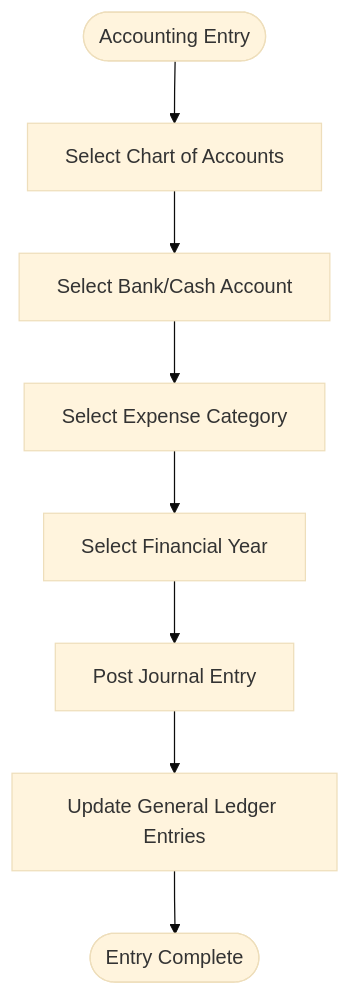
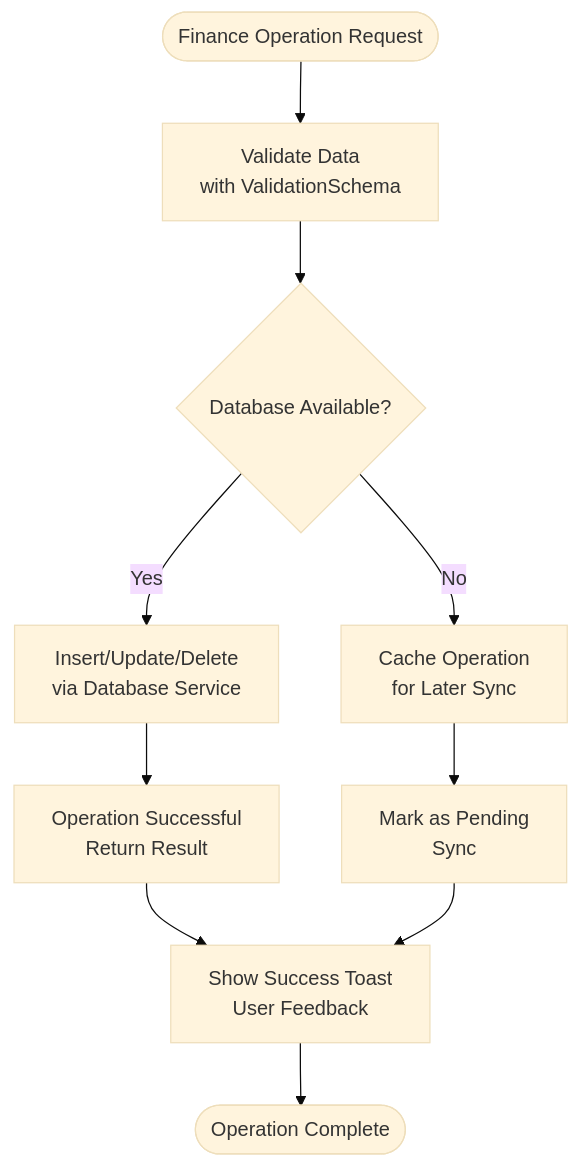
Before and after one commit to geniusdynamics/schoolpilot: the fifth of 7 diagrams in .qoder/repowiki/en/content/Modules System/Finance Module.md, drawn with Mermaid (base theme). The commit also changed other lines of this file and 16 other files, not shown here.

````diff
--- a/.qoder/repowiki/en/content/Modules System/Finance Module.md
+++ b/.qoder/repowiki/en/content/Modules System/Finance Module.md
@@ -132,10 +227,12 @@
 ```mermaid
 flowchart TD
-Start(["Accounting Entry"]) --> COA["Select Chart of Accounts"]
-COA --> Bank["Select Bank/Cash Account"]
-Bank --> Category["Select Expense Category"]
-Category --> Year["Select Financial Year"]
-Year --> Post["Post Journal Entry"]
-Post --> GL["Update General Ledger Entries"]
-GL --> End(["Entry Complete"])
+Start(["Finance Operation Request"]) --> Validation["Validate Data<br/>with ValidationSchema"]
+Validation --> DBCheck{"Database Available?"}
+DBCheck --> |Yes| DBInsert["Insert/Update/Delete<br/>via Database Service"]
+DBCheck --> |No| Cache["Cache Operation<br/>for Later Sync"]
+DBInsert --> Success["Operation Successful<br/>Return Result"]
+Cache --> Pending["Mark as Pending<br/>Sync"]
+Success --> Toast["Show Success Toast<br/>User Feedback"]
+Pending --> Toast
+Toast --> End(["Operation Complete"])
 ```
````
